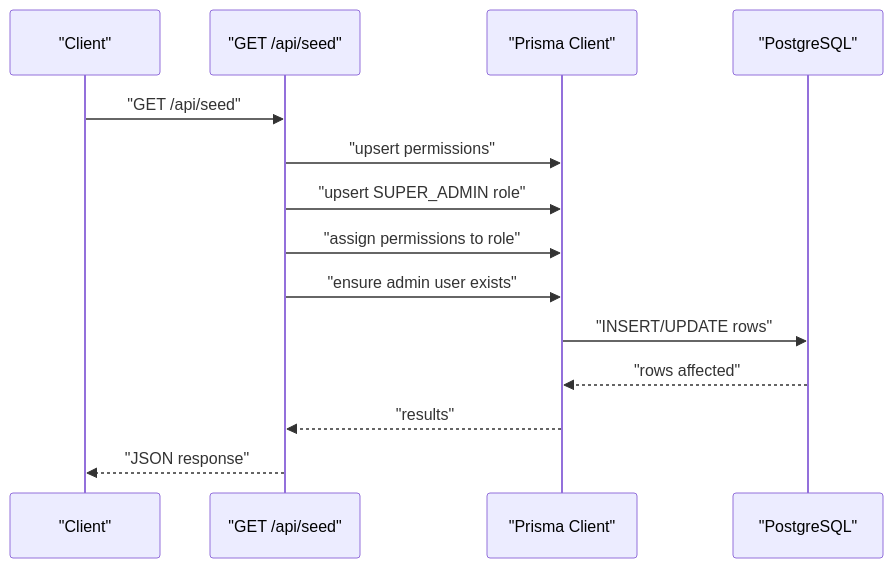
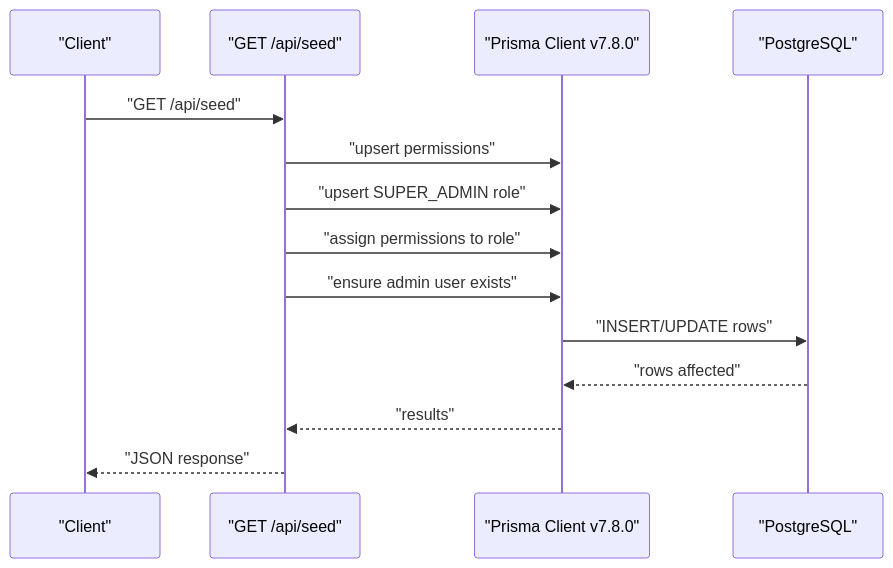
The seventh of 9 diagrams in .qoder/repowiki/en/content/Database Design/Migration Management.md (bazs69/ApsAsrama), drawn with Mermaid before and after one commit. The commit also changed other lines of this file and 34 other files, not shown here.

````diff
--- a/.qoder/repowiki/en/content/Database Design/Migration Management.md
+++ b/.qoder/repowiki/en/content/Database Design/Migration Management.md
@@ -217,16 +250,16 @@
 ```mermaid
 sequenceDiagram
 participant Client as "Client"
 participant API as "GET /api/seed"
-participant PRISMA as "Prisma Client"
+participant PRISMA as "Prisma Client v7.8.0"
 participant DB as "PostgreSQL"
 Client->>API : "GET /api/seed"
 API->>PRISMA : "upsert permissions"
 API->>PRISMA : "upsert SUPER_ADMIN role"
 API->>PRISMA : "assign permissions to role"
 API->>PRISMA : "ensure admin user exists"
 PRISMA->>DB : "INSERT/UPDATE rows"
 DB-->>PRISMA : "rows affected"
 PRISMA-->>API : "results"
 API-->>Client : "JSON response"
 ```
````
